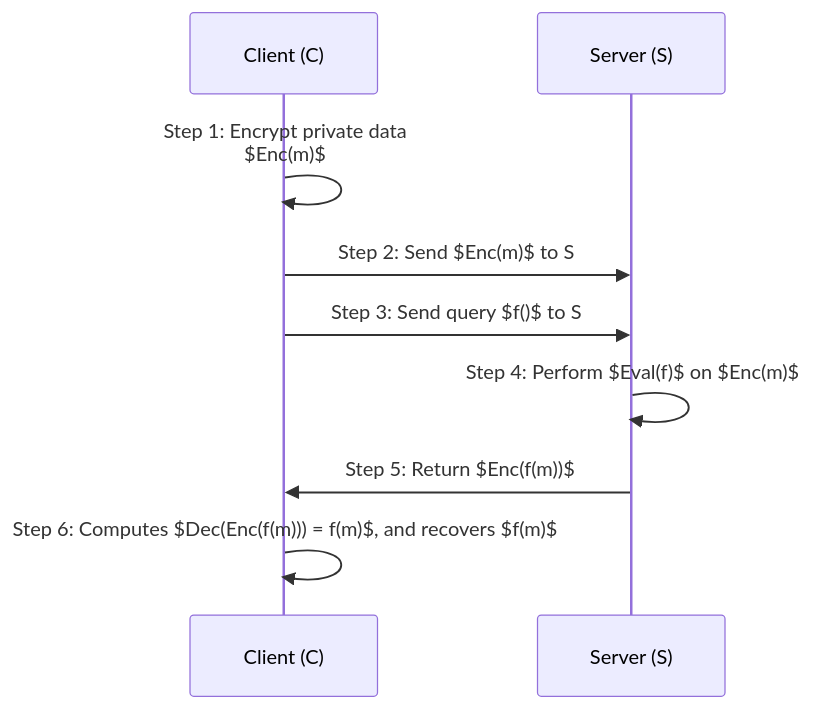
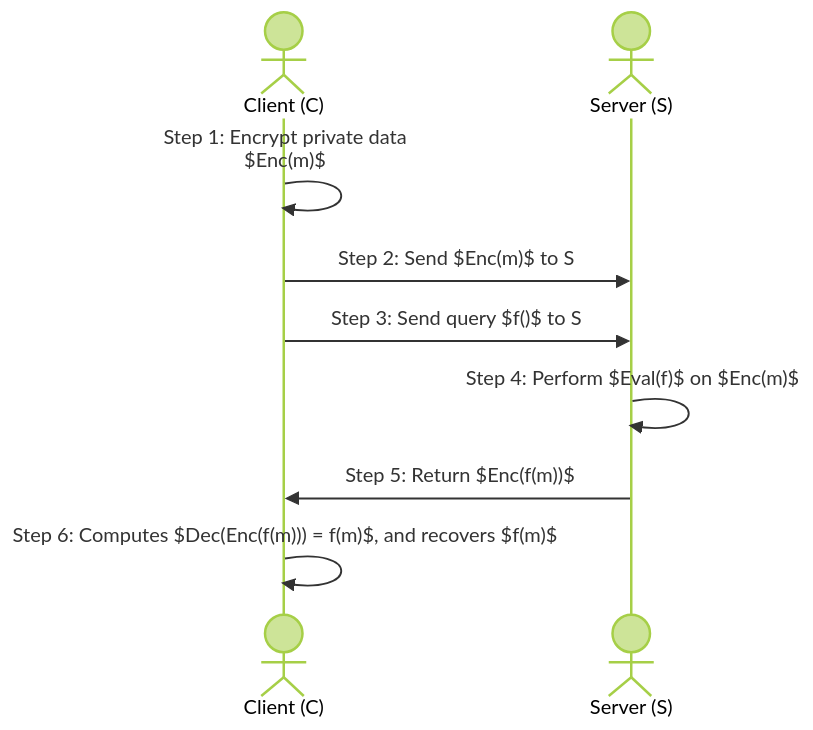
The diagram in posts/homomorphic-encryption-intro/index.qmd (antomon/antomon.github.io), drawn with Mermaid before and after one commit. The commit also changed other lines of this file and 5 other files, not shown here.

````diff
--- a/posts/homomorphic-encryption-intro/index.qmd
+++ b/posts/homomorphic-encryption-intro/index.qmd
@@ -319,12 +321,17 @@
 ```{mermaid}
+%%| label: fig-mermaid-gantt
+%%| fig-cap: Oh you real fancy huh?
+%%| fig-alt: An example Gantt chart, drawn using Mermaid.
+%%{init: {'theme': 'forest', 'themeVariables': { 'textColor': '#798189'}}}%%
+
 sequenceDiagram
-    participant C as Client (C)
-    participant S as Server (S)
+  actor C as Client (C)
+  actor S as Server (S)
 
-    C->>C: Step 1: Encrypt private data<br>$Enc(m)$
-    C->>S: Step 2: Send $Enc(m)$ to S
-    C->>S: Step 3: Send query $f()$ to S
-    S->>S: Step 4: Perform $Eval(f)$ on $Enc(m)$
-    S->>C: Step 5: Return $Enc(f(m))$
-    C->>C: Step 6: Computes $Dec(Enc(f(m))) = f(m)$, and recovers $f(m)$
+  C ->> C: Step 1: Encrypt private data<br>$Enc(m)$
+  C ->> S: Step 2: Send $Enc(m)$ to S
+  C ->> S: Step 3: Send query $f()$ to S
+  S ->> S: Step 4: Perform $Eval(f)$ on $Enc(m)$
+  S ->> C: Step 5: Return $Enc(f(m))$
+  C ->> C: Step 6: Computes $Dec(Enc(f(m))) = f(m)$, and recovers $f(m)$
 ```
````
